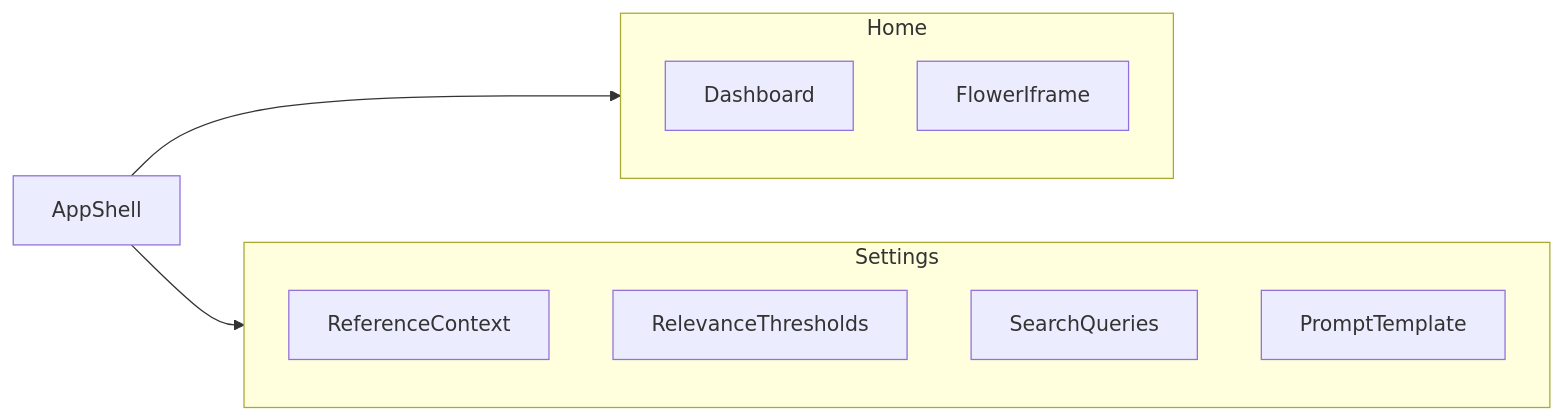
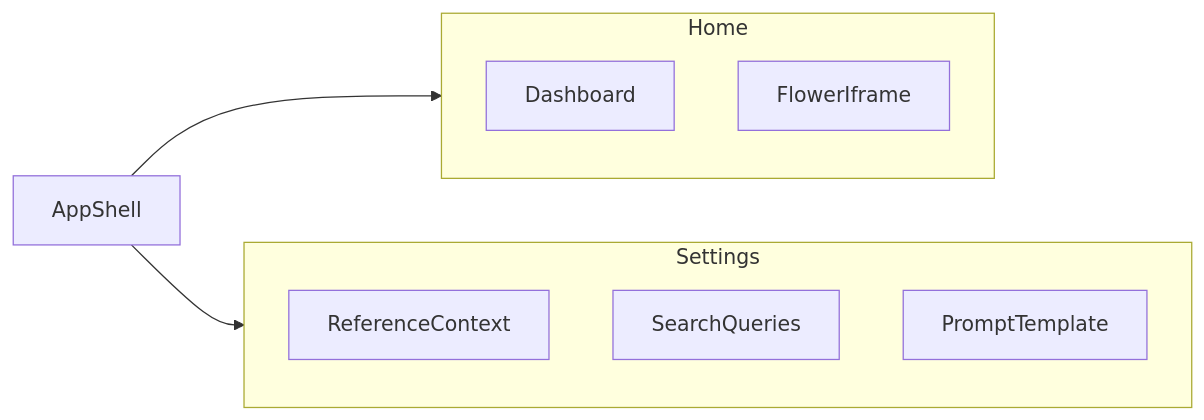
The diagram in front/README.md (joposcragent/specifications), drawn with Mermaid before and after one commit. The commit also changed other lines of this file and 3 other files, not shown here.

First line of the commit message:
Remove relevance thresholds documentation and update search queries README

````diff
--- a/front/README.md
+++ b/front/README.md
@@ -29,15 +27,14 @@
 ```mermaid
 flowchart LR
   subgraph home [Home]
     dash[Dashboard]
     orch[FlowerIframe]
   end
   subgraph settings [Settings]
     ref[ReferenceContext]
-    thr[RelevanceThresholds]
     sq[SearchQueries]
     pt[PromptTemplate]
   end
   shell[AppShell] --> home
   shell --> settings
 ```
````
